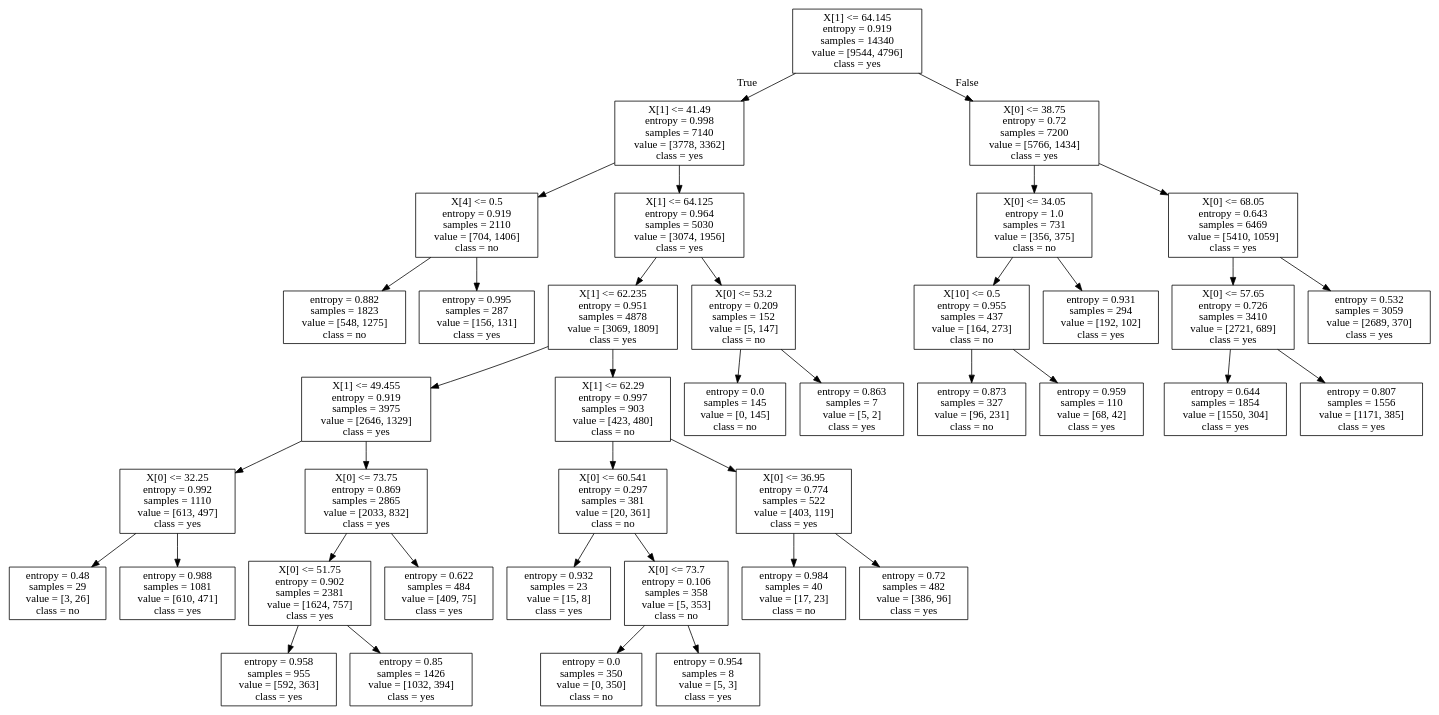
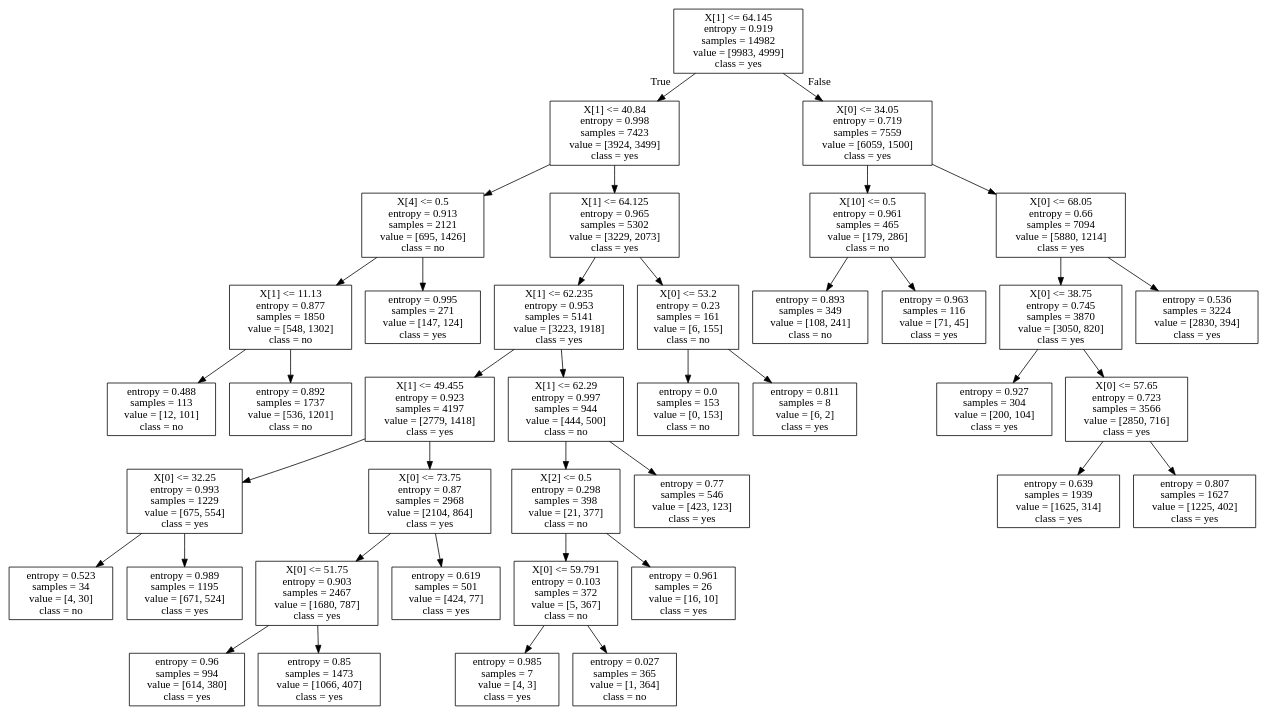
The diagram in Data/c50_n10_h.dot (giantmagellan/US-Wildfires), drawn with Graphviz before and after one commit. The commit also changed 4 other files, not shown here.

```diff
--- a/Data/c50_n10_h.dot
+++ b/Data/c50_n10_h.dot
@@ -1,80 +1,80 @@
 digraph Tree {
 node [shape=box] ;
-0 [label="X[1] <= 64.145\nentropy = 0.919\nsamples = 14340\nvalue = [9544, 4796]\nclass = yes"] ;
-1 [label="X[1] <= 41.49\nentropy = 0.998\nsamples = 7140\nvalue = [3778, 3362]\nclass = yes"] ;
+0 [label="X[1] <= 64.145\nentropy = 0.919\nsamples = 14982\nvalue = [9983, 4999]\nclass = yes"] ;
+1 [label="X[1] <= 40.84\nentropy = 0.998\nsamples = 7423\nvalue = [3924, 3499]\nclass = yes"] ;
 0 -> 1 [labeldistance=2.5, labelangle=45, headlabel="True"] ;
-3 [label="X[4] <= 0.5\nentropy = 0.919\nsamples = 2110\nvalue = [704, 1406]\nclass = no"] ;
+3 [label="X[4] <= 0.5\nentropy = 0.913\nsamples = 2121\nvalue = [695, 1426]\nclass = no"] ;
 1 -> 3 ;
-19 [label="entropy = 0.882\nsamples = 1823\nvalue = [548, 1275]\nclass = no"] ;
+19 [label="X[1] <= 11.13\nentropy = 0.877\nsamples = 1850\nvalue = [548, 1302]\nclass = no"] ;
 3 -> 19 ;
-20 [label="entropy = 0.995\nsamples = 287\nvalue = [156, 131]\nclass = yes"] ;
+37 [label="entropy = 0.488\nsamples = 113\nvalue = [12, 101]\nclass = no"] ;
+19 -> 37 ;
+38 [label="entropy = 0.892\nsamples = 1737\nvalue = [536, 1201]\nclass = no"] ;
+19 -> 38 ;
+20 [label="entropy = 0.995\nsamples = 271\nvalue = [147, 124]\nclass = yes"] ;
 3 -> 20 ;
-4 [label="X[1] <= 64.125\nentropy = 0.964\nsamples = 5030\nvalue = [3074, 1956]\nclass = yes"] ;
+4 [label="X[1] <= 64.125\nentropy = 0.965\nsamples = 5302\nvalue = [3229, 2073]\nclass = yes"] ;
 1 -> 4 ;
-7 [label="X[1] <= 62.235\nentropy = 0.951\nsamples = 4878\nvalue = [3069, 1809]\nclass = yes"] ;
+7 [label="X[1] <= 62.235\nentropy = 0.953\nsamples = 5141\nvalue = [3223, 1918]\nclass = yes"] ;
 4 -> 7 ;
-9 [label="X[1] <= 49.455\nentropy = 0.919\nsamples = 3975\nvalue = [2646, 1329]\nclass = yes"] ;
+9 [label="X[1] <= 49.455\nentropy = 0.923\nsamples = 4197\nvalue = [2779, 1418]\nclass = yes"] ;
 7 -> 9 ;
-13 [label="X[0] <= 32.25\nentropy = 0.992\nsamples = 1110\nvalue = [613, 497]\nclass = yes"] ;
-9 -> 13 ;
-35 [label="entropy = 0.48\nsamples = 29\nvalue = [3, 26]\nclass = no"] ;
-13 -> 35 ;
-36 [label="entropy = 0.988\nsamples = 1081\nvalue = [610, 471]\nclass = yes"] ;
-13 -> 36 ;
-14 [label="X[0] <= 73.75\nentropy = 0.869\nsamples = 2865\nvalue = [2033, 832]\nclass = yes"] ;
-9 -> 14 ;
-21 [label="X[0] <= 51.75\nentropy = 0.902\nsamples = 2381\nvalue = [1624, 757]\nclass = yes"] ;
-14 -> 21 ;
-33 [label="entropy = 0.958\nsamples = 955\nvalue = [592, 363]\nclass = yes"] ;
-21 -> 33 ;
-34 [label="entropy = 0.85\nsamples = 1426\nvalue = [1032, 394]\nclass = yes"] ;
-21 -> 34 ;
-22 [label="entropy = 0.622\nsamples = 484\nvalue = [409, 75]\nclass = yes"] ;
-14 -> 22 ;
-10 [label="X[1] <= 62.29\nentropy = 0.997\nsamples = 903\nvalue = [423, 480]\nclass = no"] ;
+15 [label="X[0] <= 32.25\nentropy = 0.993\nsamples = 1229\nvalue = [675, 554]\nclass = yes"] ;
+9 -> 15 ;
+35 [label="entropy = 0.523\nsamples = 34\nvalue = [4, 30]\nclass = no"] ;
+15 -> 35 ;
+36 [label="entropy = 0.989\nsamples = 1195\nvalue = [671, 524]\nclass = yes"] ;
+15 -> 36 ;
+16 [label="X[0] <= 73.75\nentropy = 0.87\nsamples = 2968\nvalue = [2104, 864]\nclass = yes"] ;
+9 -> 16 ;
+21 [label="X[0] <= 51.75\nentropy = 0.903\nsamples = 2467\nvalue = [1680, 787]\nclass = yes"] ;
+16 -> 21 ;
+27 [label="entropy = 0.96\nsamples = 994\nvalue = [614, 380]\nclass = yes"] ;
+21 -> 27 ;
+28 [label="entropy = 0.85\nsamples = 1473\nvalue = [1066, 407]\nclass = yes"] ;
+21 -> 28 ;
+22 [label="entropy = 0.619\nsamples = 501\nvalue = [424, 77]\nclass = yes"] ;
+16 -> 22 ;
+10 [label="X[1] <= 62.29\nentropy = 0.997\nsamples = 944\nvalue = [444, 500]\nclass = no"] ;
 7 -> 10 ;
-11 [label="X[0] <= 60.541\nentropy = 0.297\nsamples = 381\nvalue = [20, 361]\nclass = no"] ;
+11 [label="X[2] <= 0.5\nentropy = 0.298\nsamples = 398\nvalue = [21, 377]\nclass = no"] ;
 10 -> 11 ;
-17 [label="entropy = 0.932\nsamples = 23\nvalue = [15, 8]\nclass = yes"] ;
+17 [label="X[0] <= 59.791\nentropy = 0.103\nsamples = 372\nvalue = [5, 367]\nclass = no"] ;
 11 -> 17 ;
-18 [label="X[0] <= 73.7\nentropy = 0.106\nsamples = 358\nvalue = [5, 353]\nclass = no"] ;
+33 [label="entropy = 0.985\nsamples = 7\nvalue = [4, 3]\nclass = yes"] ;
+17 -> 33 ;
+34 [label="entropy = 0.027\nsamples = 365\nvalue = [1, 364]\nclass = no"] ;
+17 -> 34 ;
+18 [label="entropy = 0.961\nsamples = 26\nvalue = [16, 10]\nclass = yes"] ;
 11 -> 18 ;
-25 [label="entropy = 0.0\nsamples = 350\nvalue = [0, 350]\nclass = no"] ;
-18 -> 25 ;
-26 [label="entropy = 0.954\nsamples = 8\nvalue = [5, 3]\nclass = yes"] ;
-18 -> 26 ;
-12 [label="X[0] <= 36.95\nentropy = 0.774\nsamples = 522\nvalue = [403, 119]\nclass = yes"] ;
+12 [label="entropy = 0.77\nsamples = 546\nvalue = [423, 123]\nclass = yes"] ;
 10 -> 12 ;
-37 [label="entropy = 0.984\nsamples = 40\nvalue = [17, 23]\nclass = no"] ;
-12 -> 37 ;
-38 [label="entropy = 0.72\nsamples = 482\nvalue = [386, 96]\nclass = yes"] ;
-12 -> 38 ;
-8 [label="X[0] <= 53.2\nentropy = 0.209\nsamples = 152\nvalue = [5, 147]\nclass = no"] ;
+8 [label="X[0] <= 53.2\nentropy = 0.23\nsamples = 161\nvalue = [6, 155]\nclass = no"] ;
 4 -> 8 ;
-31 [label="entropy = 0.0\nsamples = 145\nvalue = [0, 145]\nclass = no"] ;
-8 -> 31 ;
-32 [label="entropy = 0.863\nsamples = 7\nvalue = [5, 2]\nclass = yes"] ;
-8 -> 32 ;
-2 [label="X[0] <= 38.75\nentropy = 0.72\nsamples = 7200\nvalue = [5766, 1434]\nclass = yes"] ;
+23 [label="entropy = 0.0\nsamples = 153\nvalue = [0, 153]\nclass = no"] ;
+8 -> 23 ;
+24 [label="entropy = 0.811\nsamples = 8\nvalue = [6, 2]\nclass = yes"] ;
+8 -> 24 ;
+2 [label="X[0] <= 34.05\nentropy = 0.719\nsamples = 7559\nvalue = [6059, 1500]\nclass = yes"] ;
 0 -> 2 [labeldistance=2.5, labelangle=-45, headlabel="False"] ;
-5 [label="X[0] <= 34.05\nentropy = 1.0\nsamples = 731\nvalue = [356, 375]\nclass = no"] ;
+5 [label="X[10] <= 0.5\nentropy = 0.961\nsamples = 465\nvalue = [179, 286]\nclass = no"] ;
 2 -> 5 ;
-23 [label="X[10] <= 0.5\nentropy = 0.955\nsamples = 437\nvalue = [164, 273]\nclass = no"] ;
-5 -> 23 ;
-29 [label="entropy = 0.873\nsamples = 327\nvalue = [96, 231]\nclass = no"] ;
-23 -> 29 ;
-30 [label="entropy = 0.959\nsamples = 110\nvalue = [68, 42]\nclass = yes"] ;
-23 -> 30 ;
-24 [label="entropy = 0.931\nsamples = 294\nvalue = [192, 102]\nclass = yes"] ;
-5 -> 24 ;
-6 [label="X[0] <= 68.05\nentropy = 0.643\nsamples = 6469\nvalue = [5410, 1059]\nclass = yes"] ;
+25 [label="entropy = 0.893\nsamples = 349\nvalue = [108, 241]\nclass = no"] ;
+5 -> 25 ;
+26 [label="entropy = 0.963\nsamples = 116\nvalue = [71, 45]\nclass = yes"] ;
+5 -> 26 ;
+6 [label="X[0] <= 68.05\nentropy = 0.66\nsamples = 7094\nvalue = [5880, 1214]\nclass = yes"] ;
 2 -> 6 ;
-15 [label="X[0] <= 57.65\nentropy = 0.726\nsamples = 3410\nvalue = [2721, 689]\nclass = yes"] ;
-6 -> 15 ;
-27 [label="entropy = 0.644\nsamples = 1854\nvalue = [1550, 304]\nclass = yes"] ;
-15 -> 27 ;
-28 [label="entropy = 0.807\nsamples = 1556\nvalue = [1171, 385]\nclass = yes"] ;
-15 -> 28 ;
-16 [label="entropy = 0.532\nsamples = 3059\nvalue = [2689, 370]\nclass = yes"] ;
-6 -> 16 ;
+13 [label="X[0] <= 38.75\nentropy = 0.745\nsamples = 3870\nvalue = [3050, 820]\nclass = yes"] ;
+6 -> 13 ;
+29 [label="entropy = 0.927\nsamples = 304\nvalue = [200, 104]\nclass = yes"] ;
+13 -> 29 ;
+30 [label="X[0] <= 57.65\nentropy = 0.723\nsamples = 3566\nvalue = [2850, 716]\nclass = yes"] ;
+13 -> 30 ;
+31 [label="entropy = 0.639\nsamples = 1939\nvalue = [1625, 314]\nclass = yes"] ;
+30 -> 31 ;
+32 [label="entropy = 0.807\nsamples = 1627\nvalue = [1225, 402]\nclass = yes"] ;
+30 -> 32 ;
+14 [label="entropy = 0.536\nsamples = 3224\nvalue = [2830, 394]\nclass = yes"] ;
+6 -> 14 ;
 }
```
